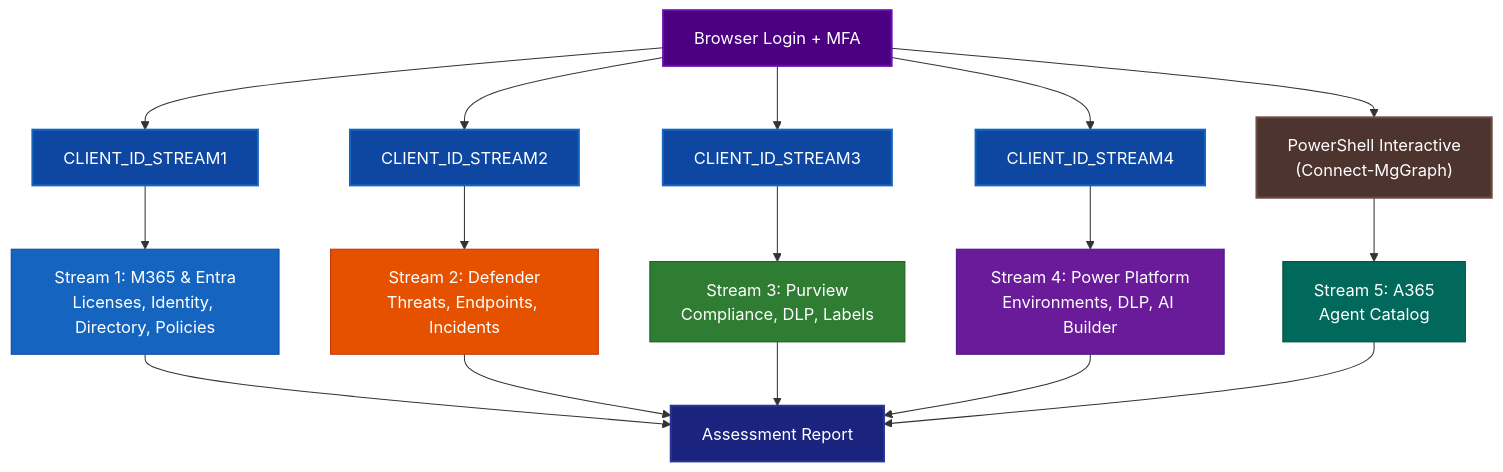
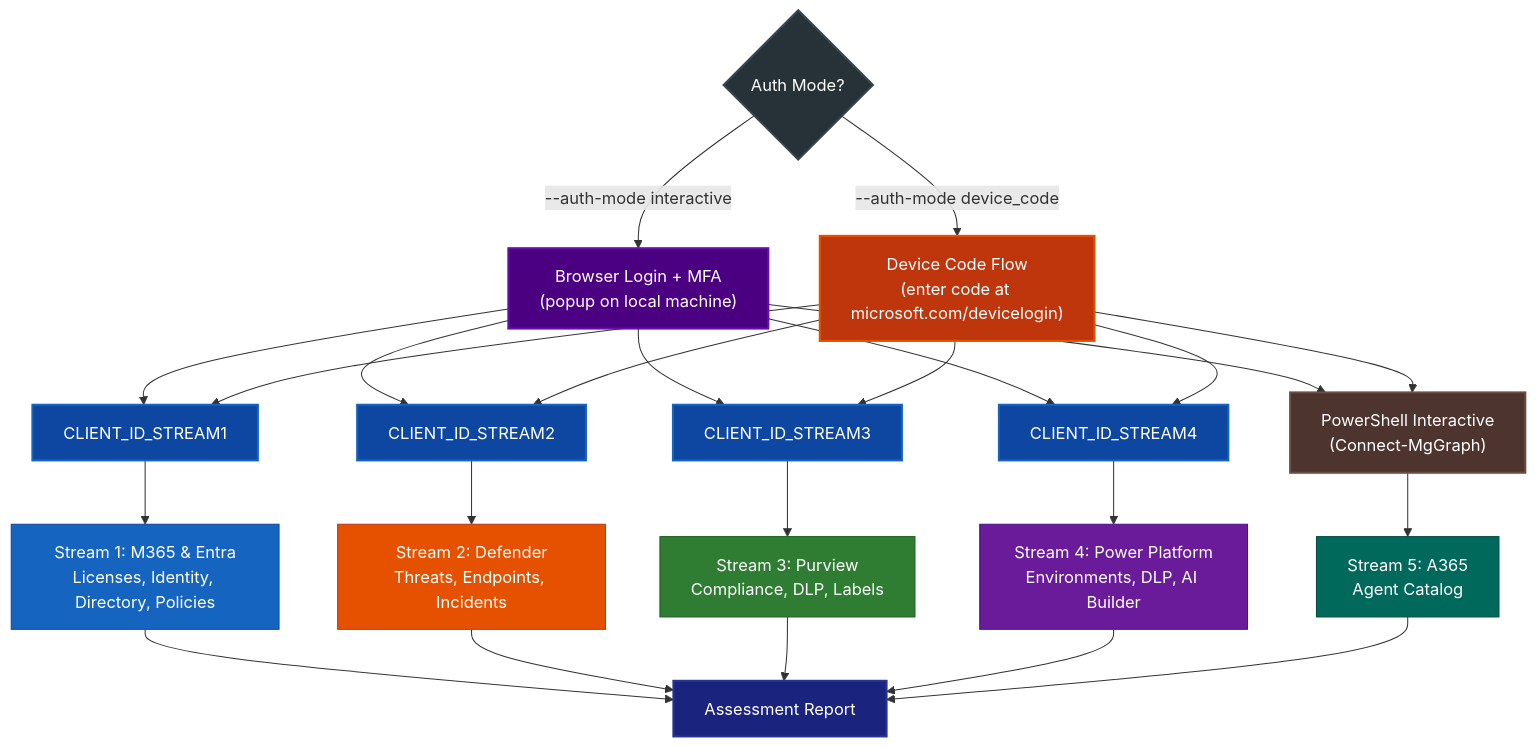
The second of 2 diagrams in INTERACTIVE-AUTH-GUIDELINES.md (mironi-org/m365-copilot-automated-readiness-assessment), drawn with Mermaid before and after one commit. The commit also changed other lines of this file and 9 other files, not shown here.

Commit message:
Update interactive auth and Purview data collection

````diff
--- a/INTERACTIVE-AUTH-GUIDELINES.md
+++ b/INTERACTIVE-AUTH-GUIDELINES.md
@@ -56,42 +65,55 @@
 ```mermaid
 flowchart TD
-    LOGIN["Browser Login + MFA"]
+    AUTH{"Auth Mode?"}
 
-    LOGIN --> CRED1["CLIENT_ID_STREAM1"]
-    LOGIN --> CRED2["CLIENT_ID_STREAM2"]
-    LOGIN --> CRED3["CLIENT_ID_STREAM3"]
-    LOGIN --> CRED4["CLIENT_ID_STREAM4"]
-    LOGIN --> PS["PowerShell Interactive\n(Connect-MgGraph)"]
+    AUTH -->|"--auth-mode interactive"| BROWSER["Browser Login + MFA\n(popup on local machine)"]
+    AUTH -->|"--auth-mode device_code"| DEVICE["Device Code Flow\n(enter code at microsoft.com/devicelogin)"]
+
+    BROWSER --> CRED1["CLIENT_ID_STREAM1"]
+    BROWSER --> CRED2["CLIENT_ID_STREAM2"]
+    BROWSER --> CRED3["CLIENT_ID_STREAM3"]
+    BROWSER --> CRED4["CLIENT_ID_STREAM4"]
+    BROWSER --> PS["PowerShell Interactive\n(Connect-MgGraph)"]
+
+    DEVICE --> CRED1
+    DEVICE --> CRED2
+    DEVICE --> CRED3
+    DEVICE --> CRED4
+    DEVICE --> PS
 
     CRED1 --> S1["Stream 1: M365 & Entra\nLicenses, Identity, Directory, Policies"]
     CRED2 --> S2["Stream 2: Defender\nThreats, Endpoints, Incidents"]
     CRED3 --> S3["Stream 3: Purview\nCompliance, DLP, Labels"]
     CRED4 --> S4["Stream 4: Power Platform\nEnvironments, DLP, AI Builder"]
     PS --> S5["Stream 5: A365\nAgent Catalog"]
 
     S1 --> OUT["Assessment Report"]
     S2 --> OUT
     S3 --> OUT
     S4 --> OUT
     S5 --> OUT
 
+    classDef authNode fill:#263238,stroke:#37474F,color:#FFF,stroke-width:2px
     classDef login fill:#4B0082,stroke:#6A0DAD,color:#FFF,stroke-width:2px
+    classDef device fill:#BF360C,stroke:#E65100,color:#FFF,stroke-width:2px
     classDef cred fill:#0D47A1,stroke:#1565C0,color:#FFF,stroke-width:2px
     classDef ps fill:#4E342E,stroke:#6D4C41,color:#FFF,stroke-width:2px
     classDef s1 fill:#1565C0,stroke:#0D47A1,color:#FFF
     classDef s2 fill:#E65100,stroke:#BF360C,color:#FFF
     classDef s3 fill:#2E7D32,stroke:#1B5E20,color:#FFF
     classDef s4 fill:#6A1B9A,stroke:#4A148C,color:#FFF
     classDef s5 fill:#00695C,stroke:#004D40,color:#FFF
     classDef out fill:#1A237E,stroke:#283593,color:#FFF,stroke-width:2px
 
-    class LOGIN login
+    class AUTH authNode
+    class BROWSER login
+    class DEVICE device
     class CRED1,CRED2,CRED3,CRED4 cred
     class PS ps
     class S1 s1
     class S2 s2
     class S3 s3
     class S4 s4
     class S5 s5
     class OUT out
 ```
````
